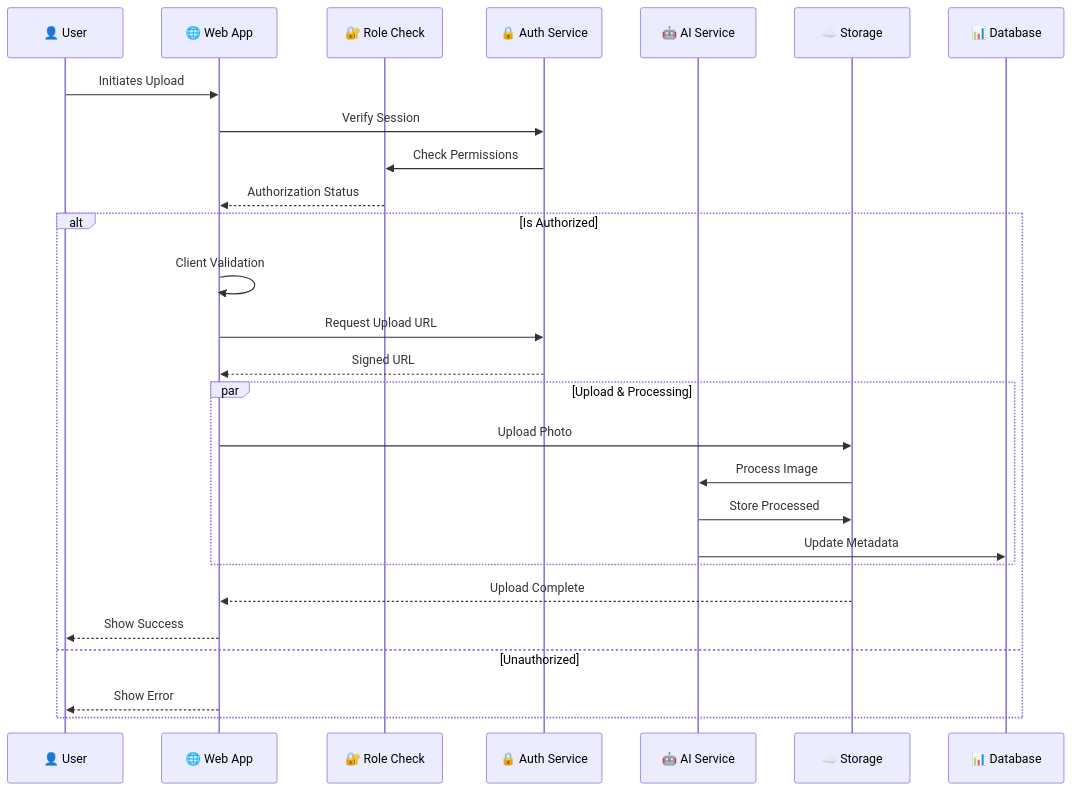
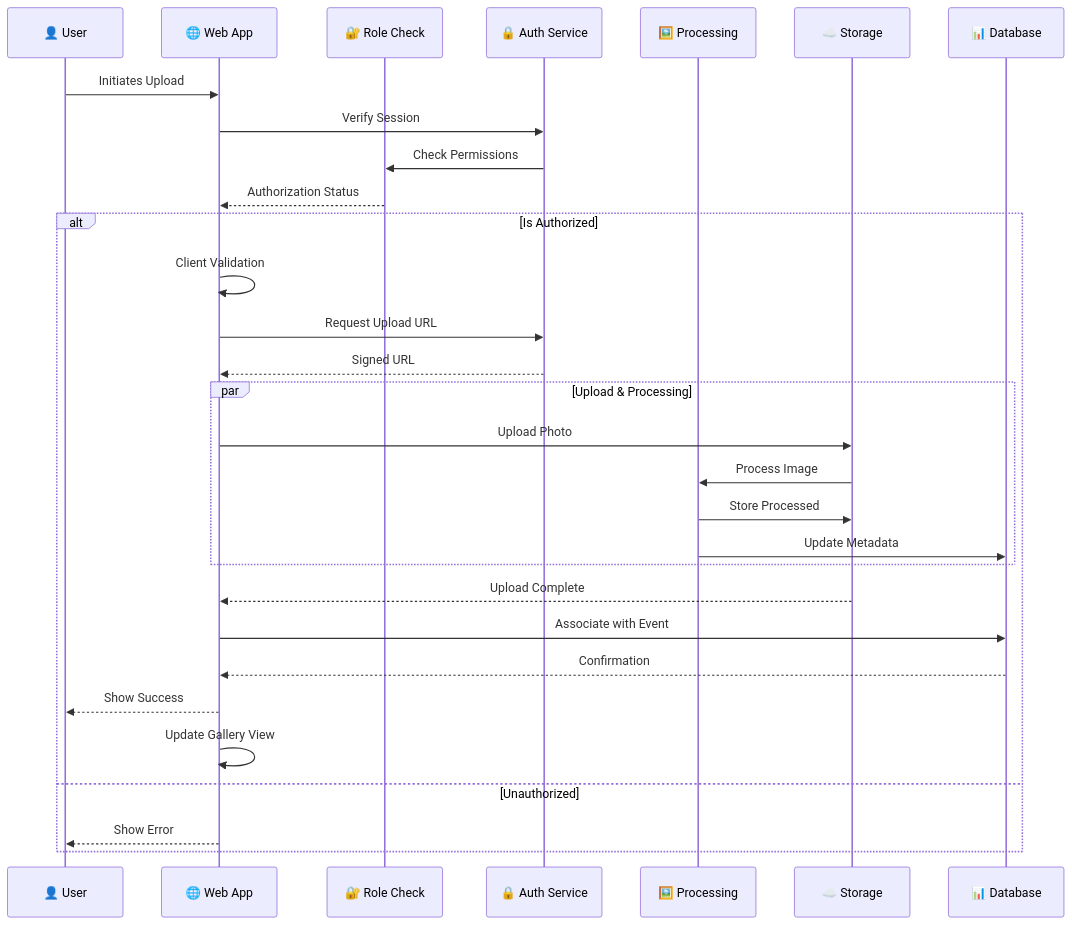
One commit to mrj0nesmtl/cloud-burst changed the diagram in docs/user-flows/photo_upload_sequence_diagram.md. Above: the diagram before and after it, drawn with Mermaid. The commit also changed other lines of this file and 65 other files, not shown here.

````diff
--- a/docs/user-flows/photo_upload_sequence_diagram.md
+++ b/docs/user-flows/photo_upload_sequence_diagram.md
@@ -17,33 +20,36 @@
 ```mermaid
 sequenceDiagram
     participant U as 👤 User
     participant W as 🌐 Web App
     participant R as 🔐 Role Check
     participant A as 🔒 Auth Service
-    participant AI as 🤖 AI Service
+    participant P as 🖼️ Processing
     participant S as ☁️ Storage
     participant DB as 📊 Database
 
     U->>W: Initiates Upload
     W->>A: Verify Session
     A->>R: Check Permissions
     R-->>W: Authorization Status
     
     alt Is Authorized
         W->>W: Client Validation
         W->>A: Request Upload URL
         A-->>W: Signed URL
         
         par Upload & Processing
             W->>S: Upload Photo
-            S->>AI: Process Image
-            AI->>S: Store Processed
-            AI->>DB: Update Metadata
+            S->>P: Process Image
+            P->>S: Store Processed
+            P->>DB: Update Metadata
         end
         
         S-->>W: Upload Complete
+        W->>DB: Associate with Event
+        DB-->>W: Confirmation
         W-->>U: Show Success
+        W->>W: Update Gallery View
     else Unauthorized
         W-->>U: Show Error
     end
 ```
````
